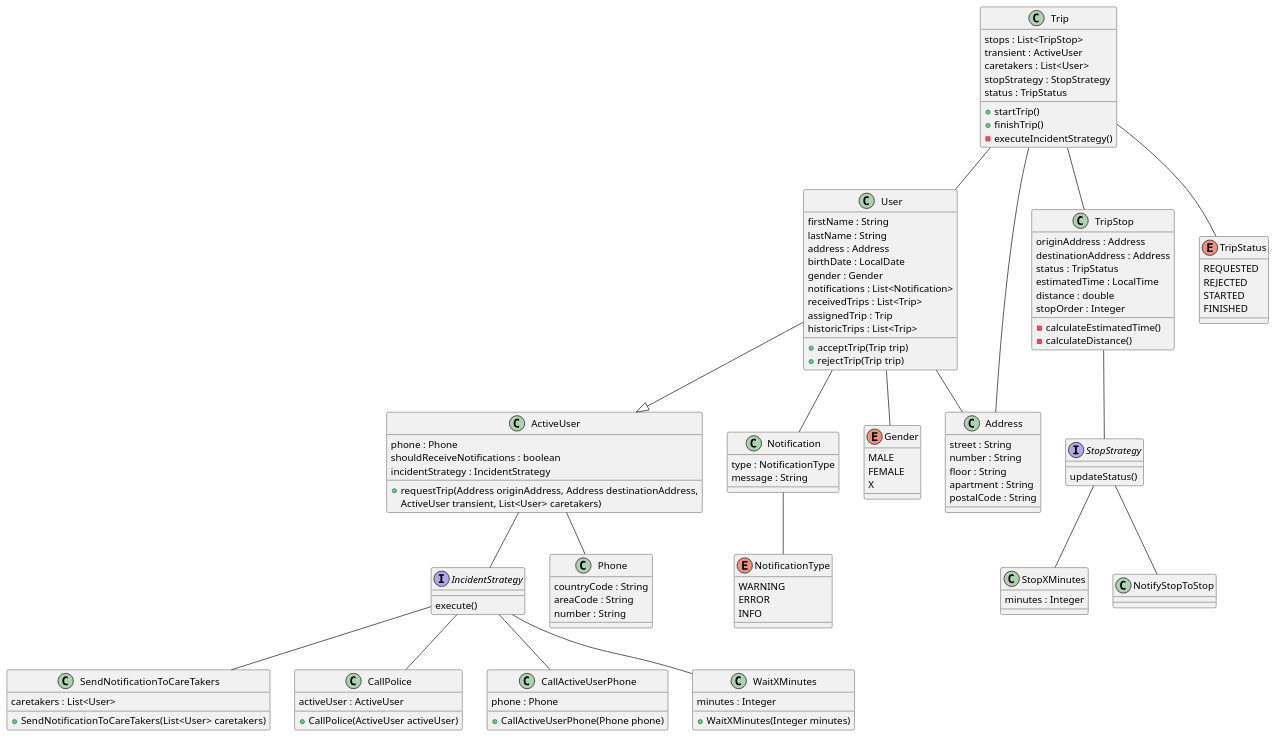
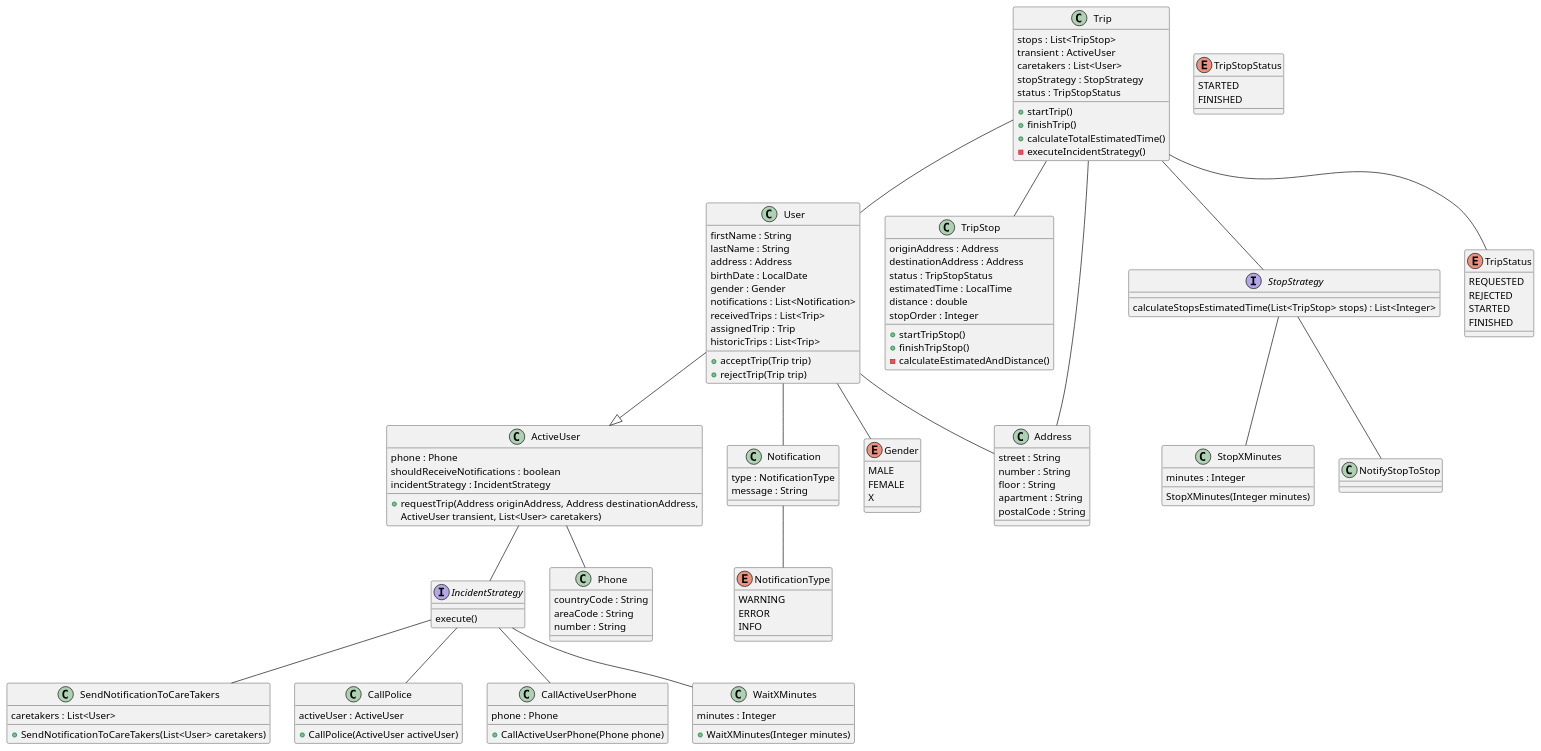
One commit to Luzdenx1/TP-Cuidandonos changed the diagram in class_diagram_v2.puml. Above: the diagram before and after it, drawn with PlantUML. The commit also changed 1 other file, not shown here.

Commit message:
finished details from class diagram

```diff
--- a/class_diagram_v2.puml
+++ b/class_diagram_v2.puml
@@ -1,148 +1,155 @@
 @startuml
 
 class User {
     firstName : String
     lastName : String
     address : Address
     birthDate : LocalDate
     gender : Gender
     notifications : List<Notification>
     receivedTrips : List<Trip>
     assignedTrip : Trip
     historicTrips : List<Trip>
 
     + acceptTrip(Trip trip)
     + rejectTrip(Trip trip)
 }
 
 class ActiveUser {
     phone : Phone
     shouldReceiveNotifications : boolean
     incidentStrategy : IncidentStrategy
     'Preguntar si request trip hace falta'
     +requestTrip(Address originAddress, Address destinationAddress,
                   ActiveUser transient, List<User> caretakers)
 }
 
 class Trip {
     stops : List<TripStop>
     transient : ActiveUser
     caretakers : List<User>
     stopStrategy : StopStrategy
-    status : TripStatus
+    status : TripStopStatus
     +startTrip()
     +finishTrip()
+    +calculateTotalEstimatedTime()
     -executeIncidentStrategy()
 }
 
 class TripStop {
     originAddress : Address
     destinationAddress : Address
-    status : TripStatus
+    status : TripStopStatus
     estimatedTime : LocalTime
     distance : double
     stopOrder : Integer
+    +startTripStop()
+    +finishTripStop()
+    -calculateEstimatedAndDistance()
+}
 
-    -calculateEstimatedTime()
-    -calculateDistance()
+enum TripStopStatus {
+  STARTED
+  FINISHED
 }
 
 interface StopStrategy {
-    updateStatus()
+    calculateStopsEstimatedTime(List<TripStop> stops) : List<Integer>
 }
 
 class StopXMinutes {
     minutes : Integer
+    
+    StopXMinutes(Integer minutes)
 }
 
 class NotifyStopToStop {
 }
 
 interface IncidentStrategy {
     execute()
 }
 
 class SendNotificationToCareTakers {
     caretakers : List<User>
     + SendNotificationToCareTakers(List<User> caretakers)
 }
 
 class CallPolice {
     activeUser : ActiveUser
     + CallPolice(ActiveUser activeUser)
 }
 
 class CallActiveUserPhone {
     phone : Phone
     + CallActiveUserPhone(Phone phone)
 }
 
 class WaitXMinutes {
     minutes : Integer
     + WaitXMinutes(Integer minutes)
 }
 
 
 class Notification {
     type : NotificationType
     message : String
 }
 
 class Phone {
     countryCode : String
     areaCode : String
     number : String
 }
 
 class Address {
     street : String
     number : String
     floor : String
     apartment : String
     postalCode : String
 }
 
 enum NotificationType {
     WARNING
     ERROR
     INFO
 }
 
 enum Gender {
     MALE
     FEMALE
     X
 }
 
 enum TripStatus {
     REQUESTED
     REJECTED
     STARTED
     FINISHED
 }
 
 User -- Gender
 User -- Address
 User -- Notification
 User --|> ActiveUser
 
 ActiveUser -- IncidentStrategy
 ActiveUser -- Phone
 
 IncidentStrategy -- SendNotificationToCareTakers
 IncidentStrategy -- CallPolice
 IncidentStrategy -- CallActiveUserPhone
 IncidentStrategy -- WaitXMinutes
 
 Trip -- User
 Trip -- Address
 Trip -- TripStatus
 Trip -- TripStop
-
-TripStop -- StopStrategy
+Trip -- StopStrategy
 
 StopStrategy -- StopXMinutes
 StopStrategy -- NotifyStopToStop
 
 Notification -- NotificationType
 @enduml
```
